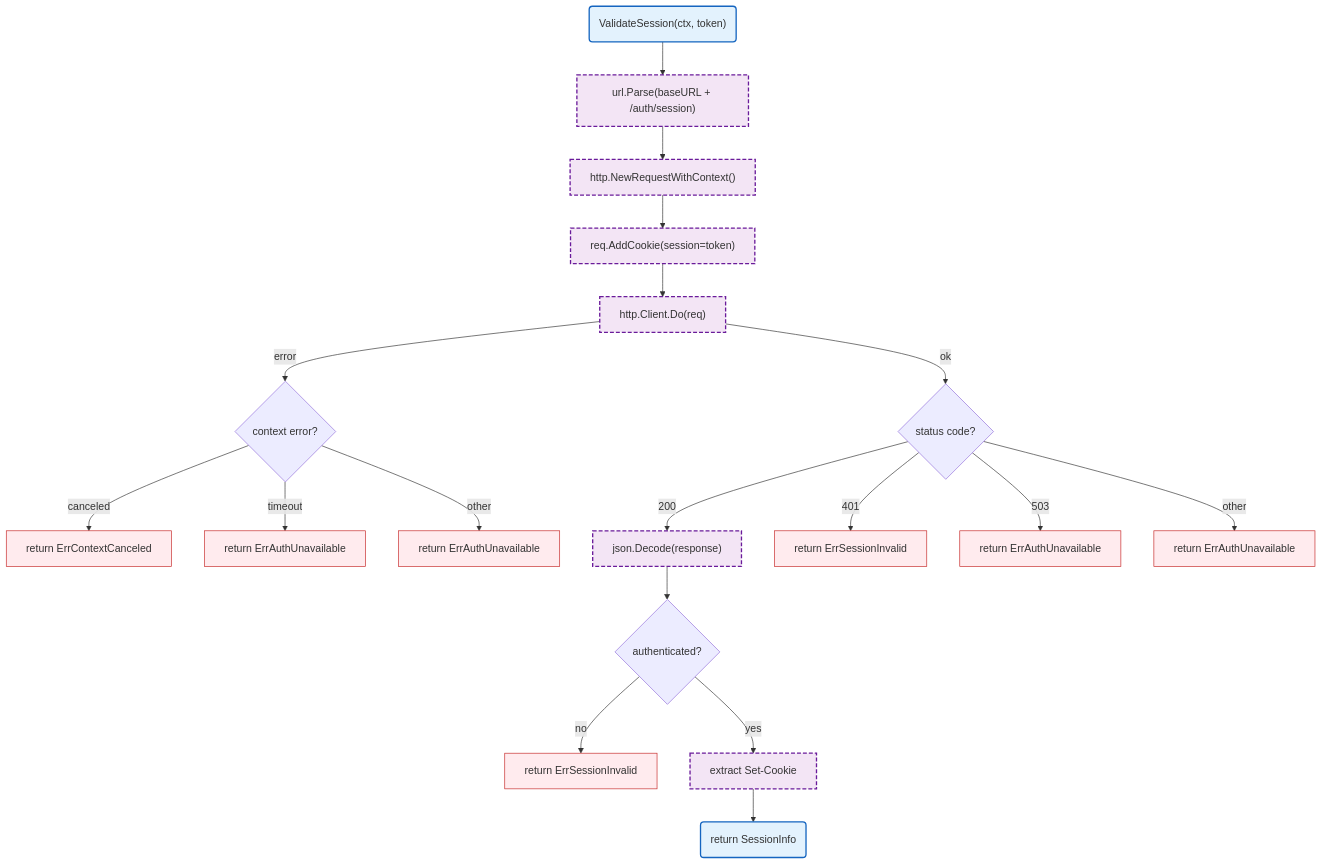
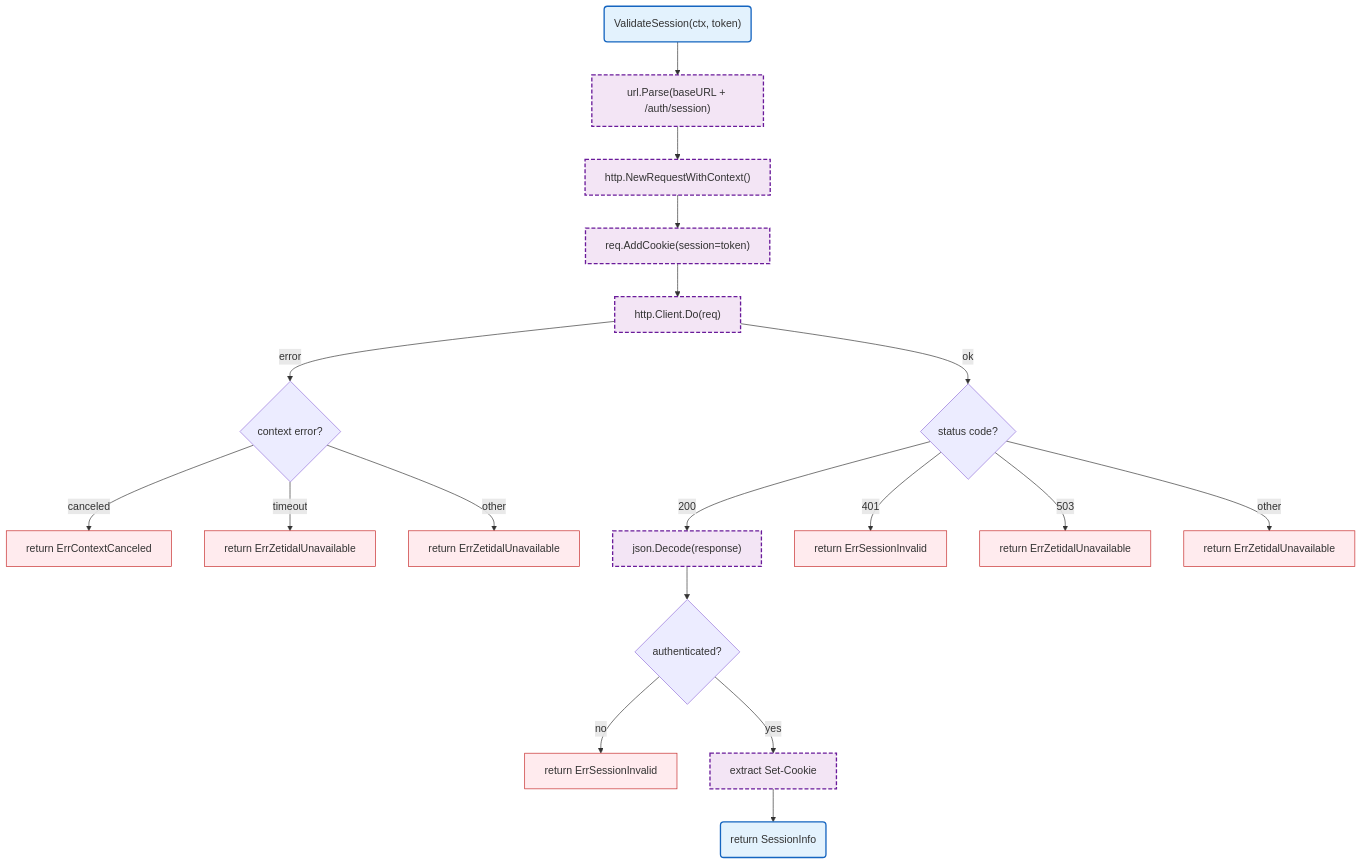
One commit to radch-ai/ava changed the diagram in docs/internal/auth.md. Above: the diagram before and after it, drawn with Mermaid. The commit also changed other lines of this file and 8 other files, not shown here.

First line of the commit message:
refactor(config): rename AUTH_SERVICE_URL to ZETIDAL_URL, remove timeout

````diff
--- a/docs/internal/auth.md
+++ b/docs/internal/auth.md
@@ -7,28 +7,28 @@
 ```mermaid
 flowchart TB
     Start("ValidateSession(ctx, token)") --> BuildURL["url.Parse(baseURL + /auth/session)"]
     BuildURL --> CreateReq["http.NewRequestWithContext()"]
     CreateReq --> AddCookie["req.AddCookie(session=token)"]
     AddCookie --> DoReq["http.Client.Do(req)"]
     DoReq -->|error| CheckErr{context error?}
     CheckErr -->|canceled| ErrCanceled["return ErrContextCanceled"]
-    CheckErr -->|timeout| ErrUnavailable["return ErrAuthUnavailable"]
-    CheckErr -->|other| ErrOther["return ErrAuthUnavailable"]
+    CheckErr -->|timeout| ErrUnavailable["return ErrZetidalUnavailable"]
+    CheckErr -->|other| ErrOther["return ErrZetidalUnavailable"]
     DoReq -->|ok| CheckStatus{status code?}
     CheckStatus -->|200| DecodeResp["json.Decode(response)"]
     CheckStatus -->|401| ErrInvalid["return ErrSessionInvalid"]
-    CheckStatus -->|503| ErrUnavailable2["return ErrAuthUnavailable"]
-    CheckStatus -->|other| ErrUnexpected["return ErrAuthUnavailable"]
+    CheckStatus -->|503| ErrUnavailable2["return ErrZetidalUnavailable"]
+    CheckStatus -->|other| ErrUnexpected["return ErrZetidalUnavailable"]
     DecodeResp --> CheckAuth{authenticated?}
     CheckAuth -->|no| ErrInvalid2["return ErrSessionInvalid"]
     CheckAuth -->|yes| ExtractCookie["extract Set-Cookie"]
     ExtractCookie --> Done("return SessionInfo")
 
     classDef mainFn fill:#e3f2fd,stroke:#1565c0,stroke-width:2px
     classDef internalFn fill:#f3e5f5,stroke:#6a1b9a,stroke-width:2px,stroke-dasharray:6 3
     classDef errorFlow fill:#ffebee,stroke:#c62828,stroke-width:1px
 
     class Start,Done mainFn
     class ErrCanceled,ErrUnavailable,ErrOther,ErrInvalid,ErrUnavailable2,ErrUnexpected,ErrInvalid2 errorFlow
     class BuildURL,CreateReq,AddCookie,DoReq,DecodeResp,ExtractCookie internalFn
 ```
````
